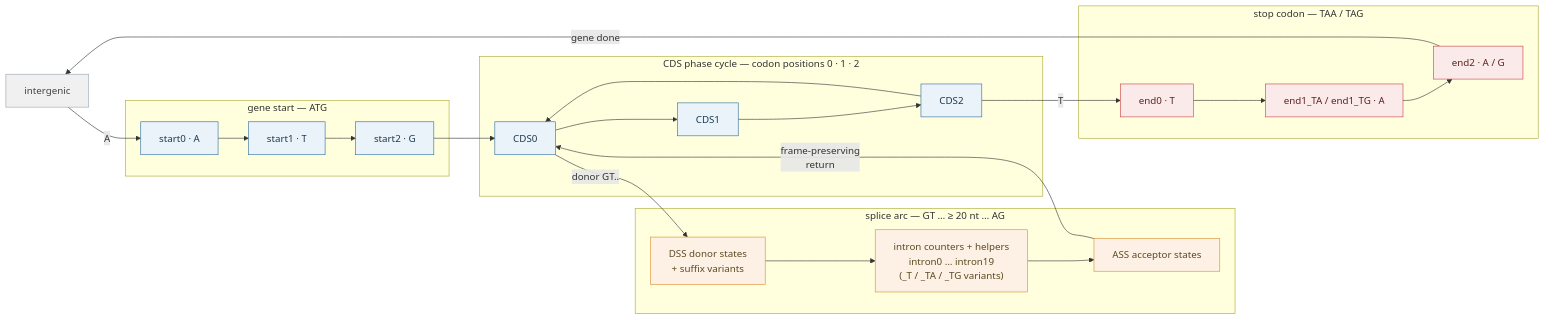
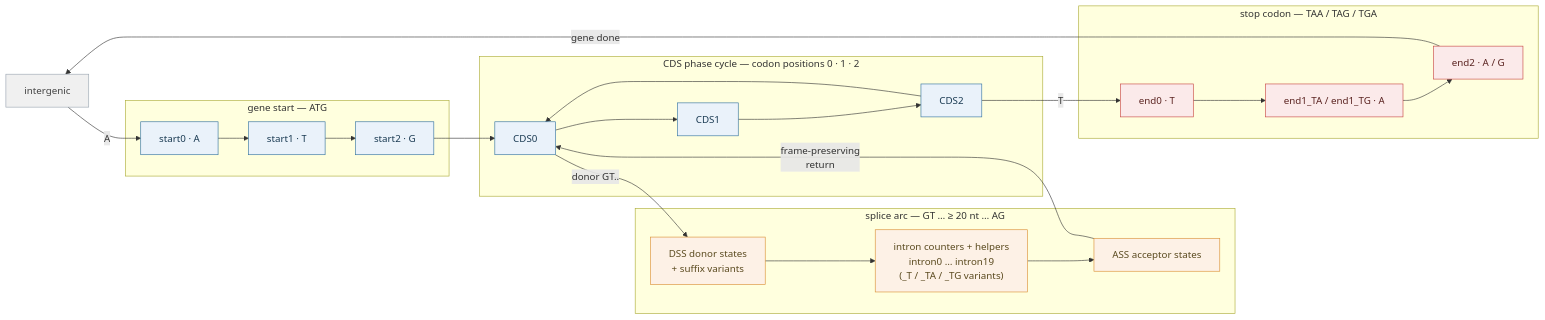
One commit to wellcover/ANNEVO-fast changed the second of 2 diagrams in docs/decoding-internals.md. Above: the diagram before and after it, drawn with Mermaid. The commit also changed other lines of this file, not shown here.

Commit message:
docs: review pass — add TGA to stop-codon spellings (3 places, end1_TG+A path), renumber §2.3→§2.2 (no gap), unify 164× figure, fix hyphen and §3 wording

````diff
--- a/docs/decoding-internals.md
+++ b/docs/decoding-internals.md
@@ -175,32 +175,32 @@
 ```mermaid
 flowchart LR
     classDef igc fill:#f0f0f0,stroke:#9aa5b1,color:#444444
     classDef cdsc fill:#eaf2fa,stroke:#2e6f9e,color:#1a3a52
     classDef splc fill:#fdf1e6,stroke:#d98e32,color:#5a4a1f
     classDef stpc fill:#fbeaea,stroke:#c74440,color:#5a2320
 
     IG["intergenic"]:::igc
 
     subgraph START[" gene start — ATG "]
         S0["start0 · A"]:::cdsc --> S1["start1 · T"]:::cdsc --> S2["start2 · G"]:::cdsc
     end
 
     subgraph CYCLE[" CDS phase cycle — codon positions 0 · 1 · 2 "]
         C0["CDS0"]:::cdsc --> C1["CDS1"]:::cdsc --> C2["CDS2"]:::cdsc --> C0
     end
 
     subgraph SPLICE[" splice arc — GT … ≥ 20 nt … AG "]
         DSS["DSS donor states<br/>+ suffix variants"]:::splc --> IC["intron counters + helpers<br/>intron0 … intron19<br/>(_T / _TA / _TG variants)"]:::splc --> ASS["ASS acceptor states"]:::splc
     end
 
-    subgraph STOP[" stop codon — TAA / TAG "]
+    subgraph STOP[" stop codon — TAA / TAG / TGA "]
         E0["end0 · T"]:::stpc --> E1["end1_TA / end1_TG · A"]:::stpc --> E2["end2 · A / G"]:::stpc
     end
 
     IG -- "A" --> S0
     S2 --> C0
     C0 -- "donor GT.." --> DSS
     ASS -- "frame-preserving<br/>return" --> C0
     C2 -- "T" --> E0
     E2 -- "gene done" --> IG
 ```
````
